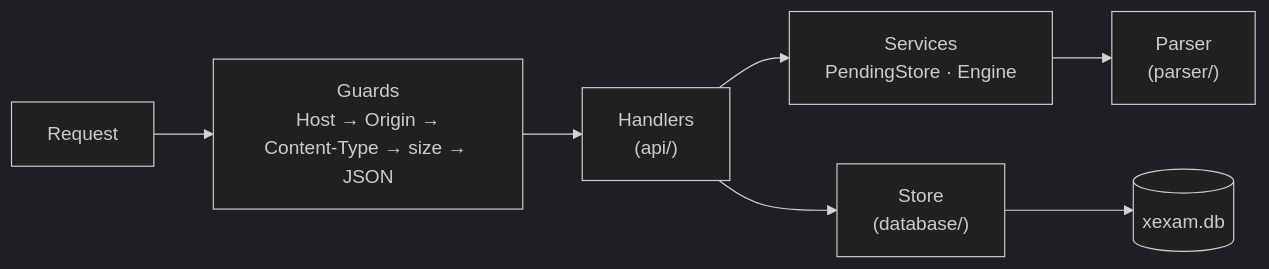
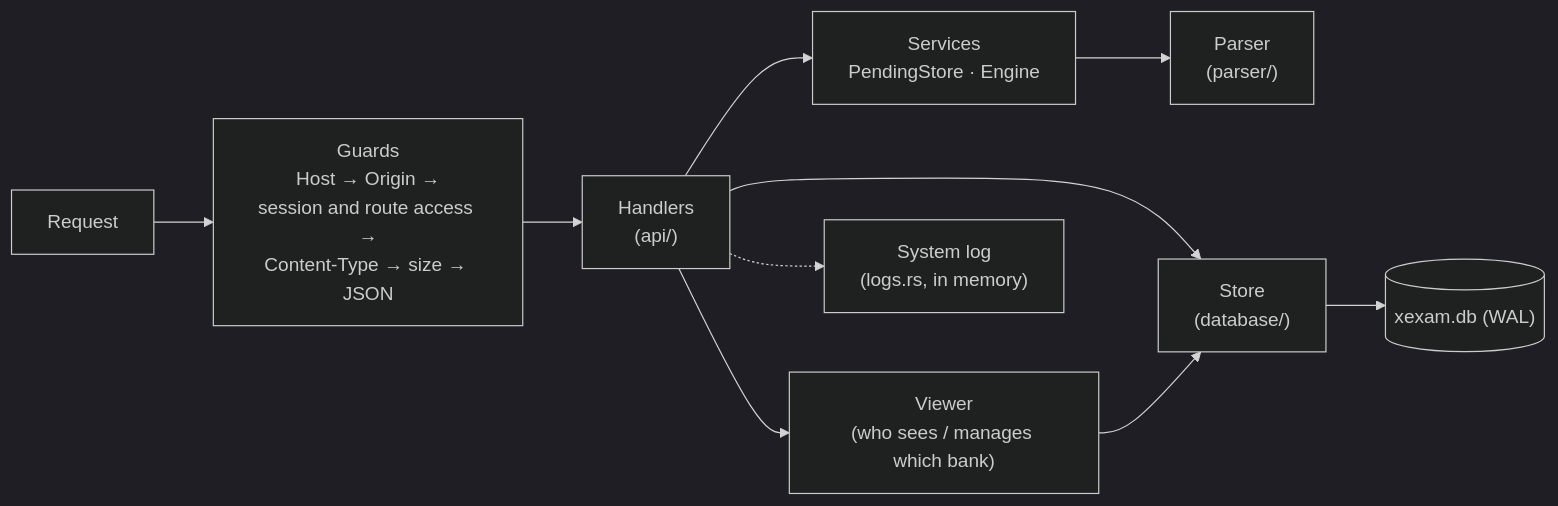
Before and after one commit to Yumin-Space/xexam: the second of 5 diagrams in docs/en/architecture.md, drawn with Mermaid (dark theme). The commit also changed other lines of this file and 295 other files, not shown here.

````diff
--- a/docs/en/architecture.md
+++ b/docs/en/architecture.md
@@ -95,9 +131,12 @@
 ```mermaid
 flowchart LR
-    R["Request"] --> G["Guards<br/>Host → Origin →<br/>Content-Type → size → JSON"]
+    R["Request"] --> G["Guards<br/>Host → Origin →<br/>session and route access →<br/>Content-Type → size → JSON"]
     G --> H["Handlers<br/>(api/)"]
+    H --> V["Viewer<br/>(who sees / manages which bank)"]
     H --> S["Services<br/>PendingStore · Engine"]
     S --> P["Parser<br/>(parser/)"]
     H --> DB["Store<br/>(database/)"]
-    DB --> SQ[("xexam.db")]
+    V --> DB
+    DB --> SQ[("xexam.db (WAL)")]
+    H -.-> L["System log<br/>(logs.rs, in memory)"]
 ```
````
